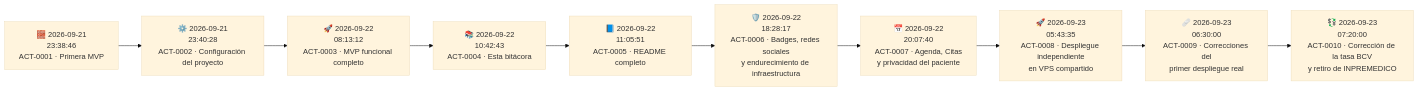
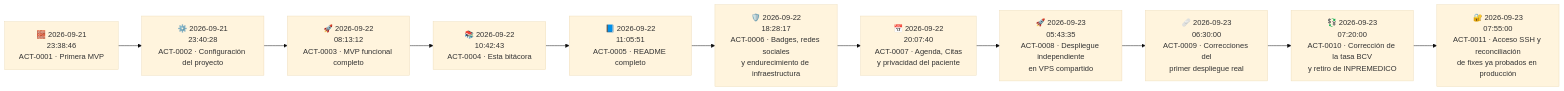
Before and after one commit to merchandev/guiamedicamonagas: the second of 2 diagrams in Actualizaciones.md, drawn with Mermaid (base theme). The commit also changed other lines of this file, not shown here.

Commit message:
docs: log ACT-0011 in Actualizaciones.md

````diff
--- a/Actualizaciones.md
+++ b/Actualizaciones.md
@@ -104,15 +104,16 @@
 ```mermaid
 flowchart LR
     A[🧱 2026-09-21\n23:38:46\nACT-0001 · Primera MVP]
     B[⚙️ 2026-09-21\n23:40:28\nACT-0002 · Configuración del proyecto]
     C[🚀 2026-09-22\n08:13:12\nACT-0003 · MVP funcional completo]
     D[📚 2026-09-22\n10:42:43\nACT-0004 · Esta bitácora]
     E[📘 2026-09-22\n11:05:51\nACT-0005 · README completo]
     F[🛡️ 2026-09-22\n18:28:17\nACT-0006 · Badges, redes sociales\ny endurecimiento de infraestructura]
     G[📅 2026-09-22\n20:07:40\nACT-0007 · Agenda, Citas\ny privacidad del paciente]
     H[🚀 2026-09-23\n05:43:35\nACT-0008 · Despliegue independiente\nen VPS compartido]
     I[🩹 2026-09-23\n06:30:00\nACT-0009 · Correcciones del\nprimer despliegue real]
     J[💱 2026-09-23\n07:20:00\nACT-0010 · Corrección de la tasa BCV\ny retiro de INPREMEDICO]
+    K[🔐 2026-09-23\n07:55:00\nACT-0011 · Acceso SSH y reconciliación\nde fixes ya probados en producción]
 
-    A --> B --> C --> D --> E --> F --> G --> H --> I --> J
+    A --> B --> C --> D --> E --> F --> G --> H --> I --> J --> K
 ```
````
